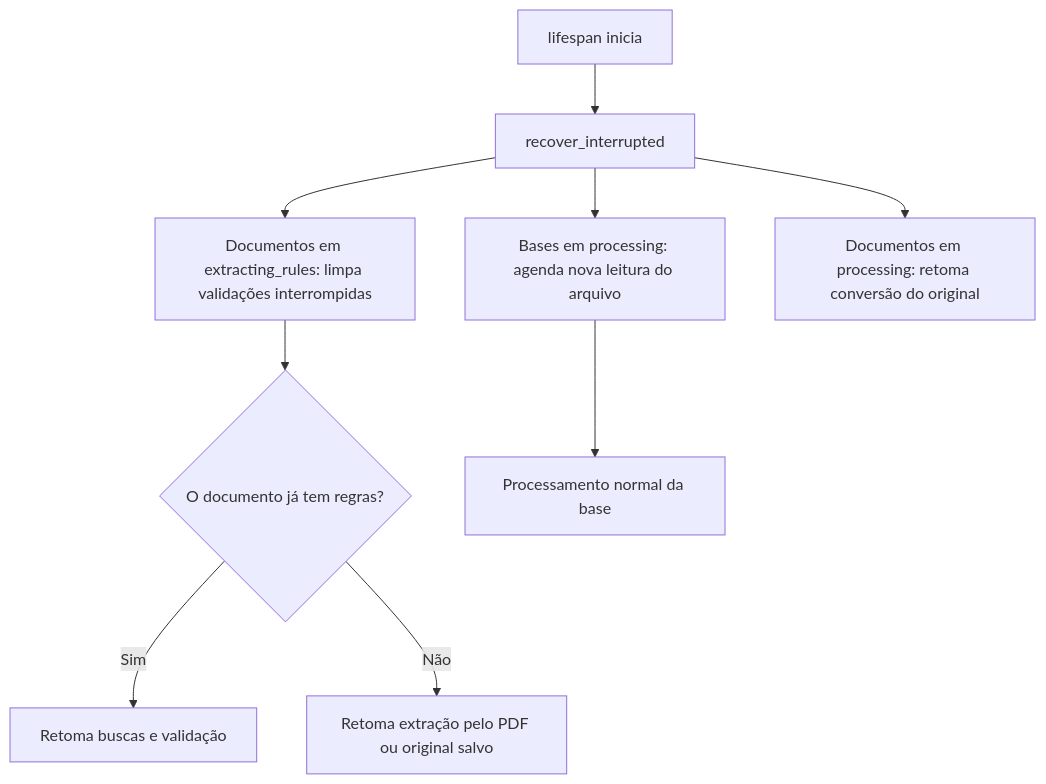
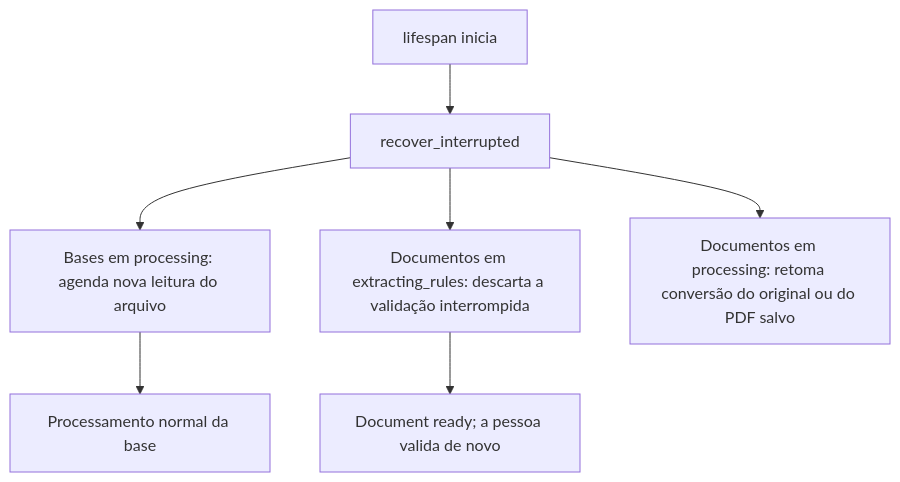
The ninth of 9 diagrams in docs/fluxos.md (brunpena/ic-grifo), drawn with Mermaid before and after one commit. The commit also changed other lines of this file and 9 other files, not shown here.

Commit message:
docs: describe the guided highlight flow for creating rules

````diff
--- a/docs/fluxos.md
+++ b/docs/fluxos.md
@@ -233,11 +275,9 @@
 ```mermaid
 flowchart TD
     A["lifespan inicia"] --> B["recover_interrupted"]
     B --> C["Bases em processing: agenda nova leitura do arquivo"]
-    B --> D["Documentos em extracting_rules: limpa validações interrompidas"]
-    D --> E{"O documento já tem regras?"}
-    E -->|Sim| F["Retoma buscas e validação"]
-    E -->|Não| G["Retoma extração pelo PDF ou original salvo"]
-    B --> H["Documentos em processing: retoma conversão do original"]
+    B --> D["Documentos em extracting_rules: descarta a validação interrompida"]
+    D --> F["Document ready; a pessoa valida de novo"]
+    B --> H["Documentos em processing: retoma conversão do original ou do PDF salvo"]
     C --> I["Processamento normal da base"]
 ```
````
